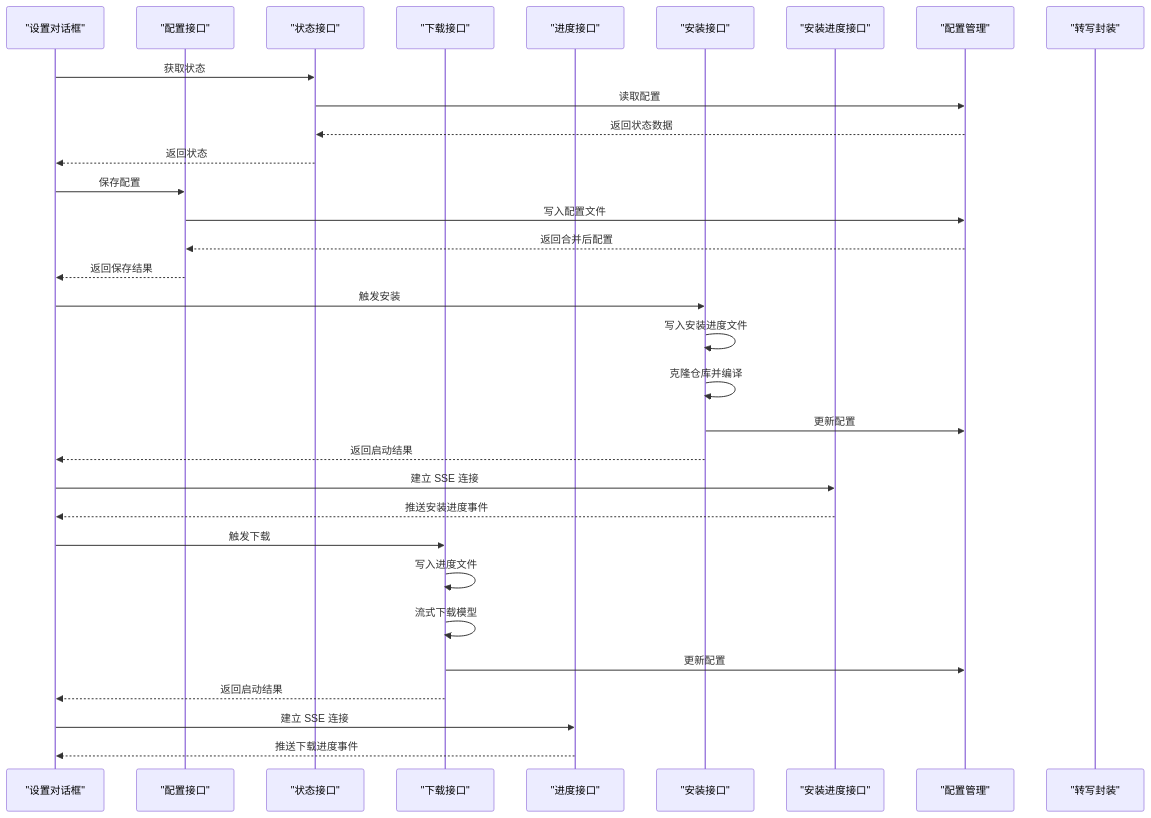
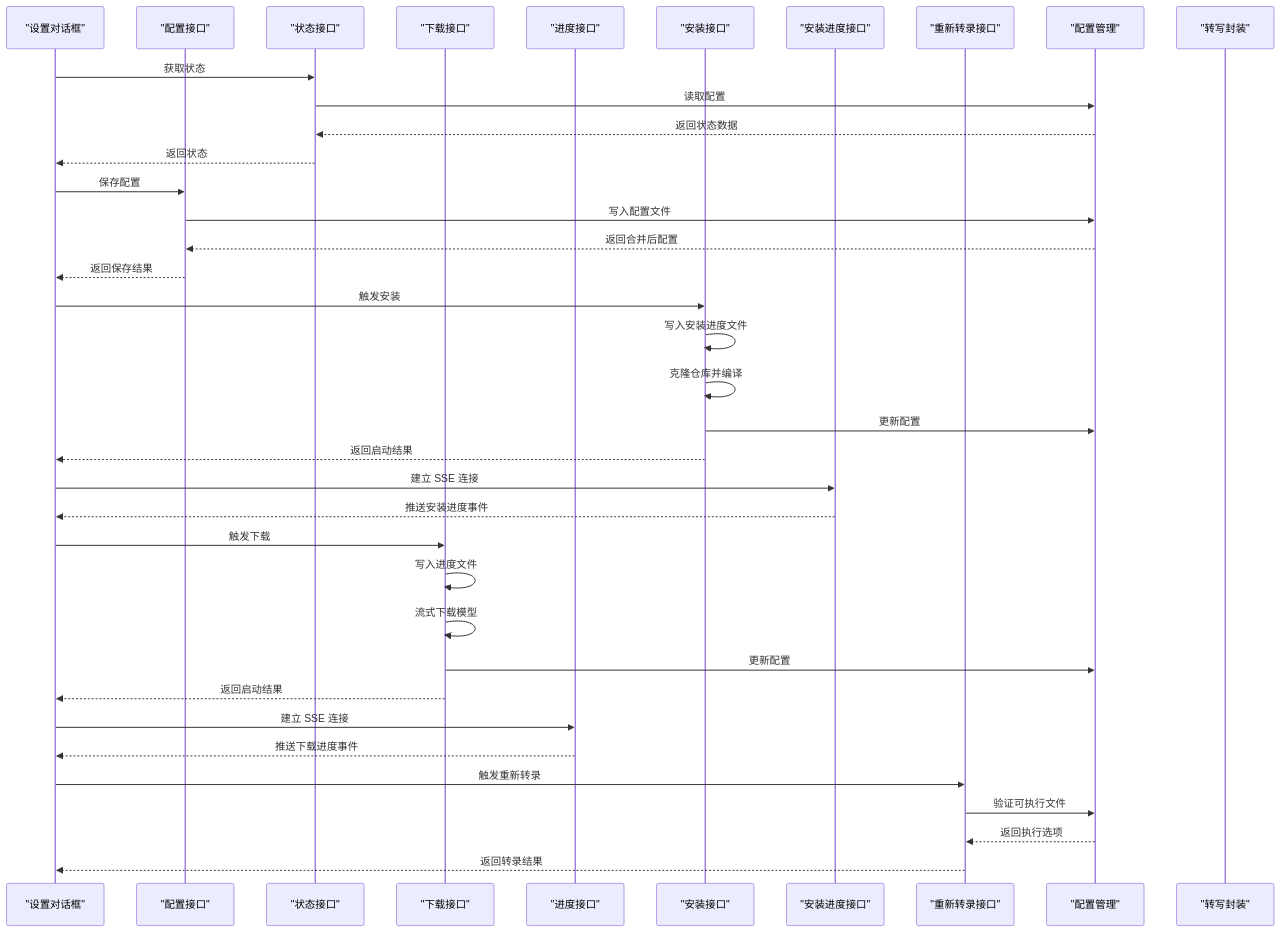
One commit to clawbotai/memo-flow changed the second of 11 diagrams in .qoder/repowiki/zh/content/核心功能模块/Whisper 配置管理.md. Above: the diagram before and after it, drawn with Mermaid. The commit also changed other lines of this file and 12 other files, not shown here.

````diff
--- a/.qoder/repowiki/zh/content/核心功能模块/Whisper 配置管理.md
+++ b/.qoder/repowiki/zh/content/核心功能模块/Whisper 配置管理.md
@@ -129,34 +135,39 @@
 ```mermaid
 sequenceDiagram
 participant UI as "设置对话框"
 participant ConfigAPI as "配置接口"
 participant StatusAPI as "状态接口"
 participant DownloadAPI as "下载接口"
 participant ProgressAPI as "进度接口"
 participant InstallAPI as "安装接口"
 participant InstallProgressAPI as "安装进度接口"
+participant RetranscribeAPI as "重新转录接口"
 participant ConfigLib as "配置管理"
 participant WhisperLib as "转写封装"
 UI->>StatusAPI : 获取状态
 StatusAPI->>ConfigLib : 读取配置
 ConfigLib-->>StatusAPI : 返回状态数据
 StatusAPI-->>UI : 返回状态
 UI->>ConfigAPI : 保存配置
 ConfigAPI->>ConfigLib : 写入配置文件
 ConfigLib-->>ConfigAPI : 返回合并后配置
 ConfigAPI-->>UI : 返回保存结果
 UI->>InstallAPI : 触发安装
 InstallAPI->>InstallAPI : 写入安装进度文件
 InstallAPI->>InstallAPI : 克隆仓库并编译
 InstallAPI->>ConfigLib : 更新配置
 InstallAPI-->>UI : 返回启动结果
 UI->>InstallProgressAPI : 建立 SSE 连接
 InstallProgressAPI-->>UI : 推送安装进度事件
 UI->>DownloadAPI : 触发下载
 DownloadAPI->>DownloadAPI : 写入进度文件
 DownloadAPI->>DownloadAPI : 流式下载模型
 DownloadAPI->>ConfigLib : 更新配置
 DownloadAPI-->>UI : 返回启动结果
 UI->>ProgressAPI : 建立 SSE 连接
 ProgressAPI-->>UI : 推送下载进度事件
+UI->>RetranscribeAPI : 触发重新转录
+RetranscribeAPI->>ConfigLib : 验证可执行文件
+ConfigLib-->>RetranscribeAPI : 返回执行选项
+RetranscribeAPI-->>UI : 返回转录结果
 ```
````
